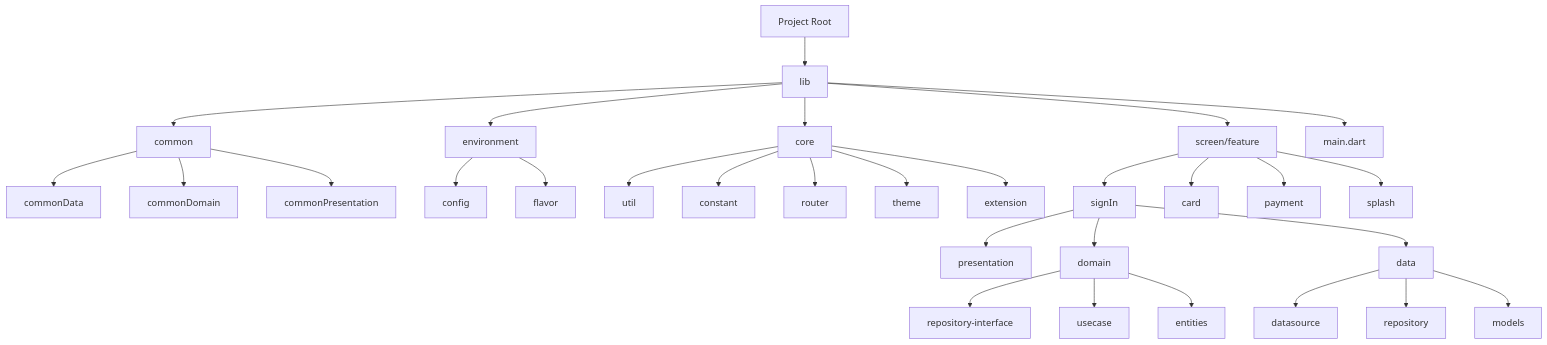
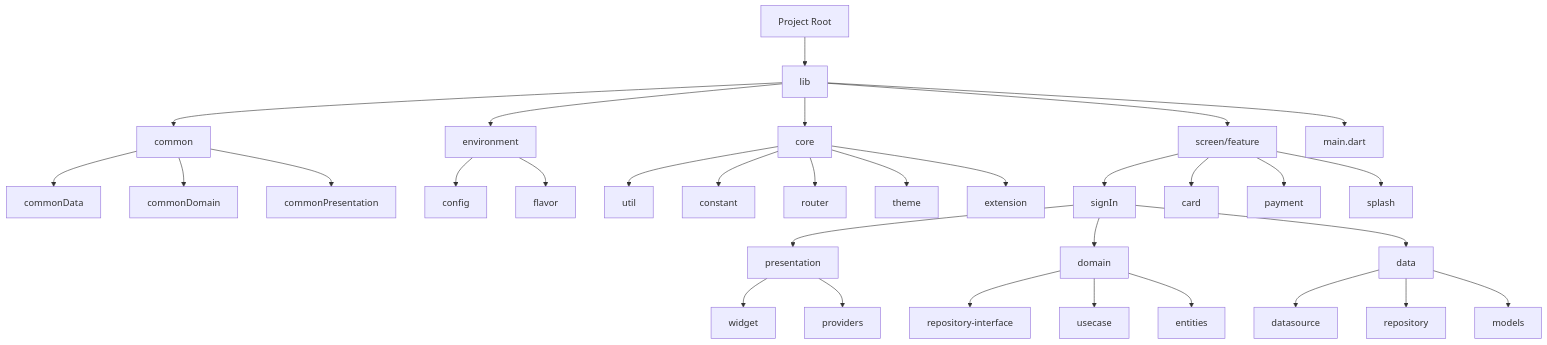
The first of 2 diagrams in README.md (KoreanTuna/Payment-Demo), drawn with Mermaid before and after one commit.

````diff
--- a/README.md
+++ b/README.md
@@ -11,46 +11,48 @@
 ```mermaid
 flowchart TD
     A[Project Root]
     A --> lib
 
     lib --> common
     lib --> core
     lib --> environment
     lib --> screen/feature
     lib --> main.dart
 
     common --> commonData
     common --> commonDomain
     common --> commonPresentation
 
     environment --> config
     environment --> flavor
 
     core --> util
     core --> constant
     core --> router
     core --> theme
     core --> extension
 
     screen/feature --> signIn
     screen/feature --> card
     screen/feature --> payment
     screen/feature --> splash
 
     signIn --> presentation
     signIn --> domain
     signIn --> data
 
     data --> datasource
     data --> repository
     data --> models
 
     domain --> repository-interface
     domain --> usecase
     domain --> entities
-    
+
+    presentation --> widget
+    presentation --> providers
 
     
 
 
 ```
````
